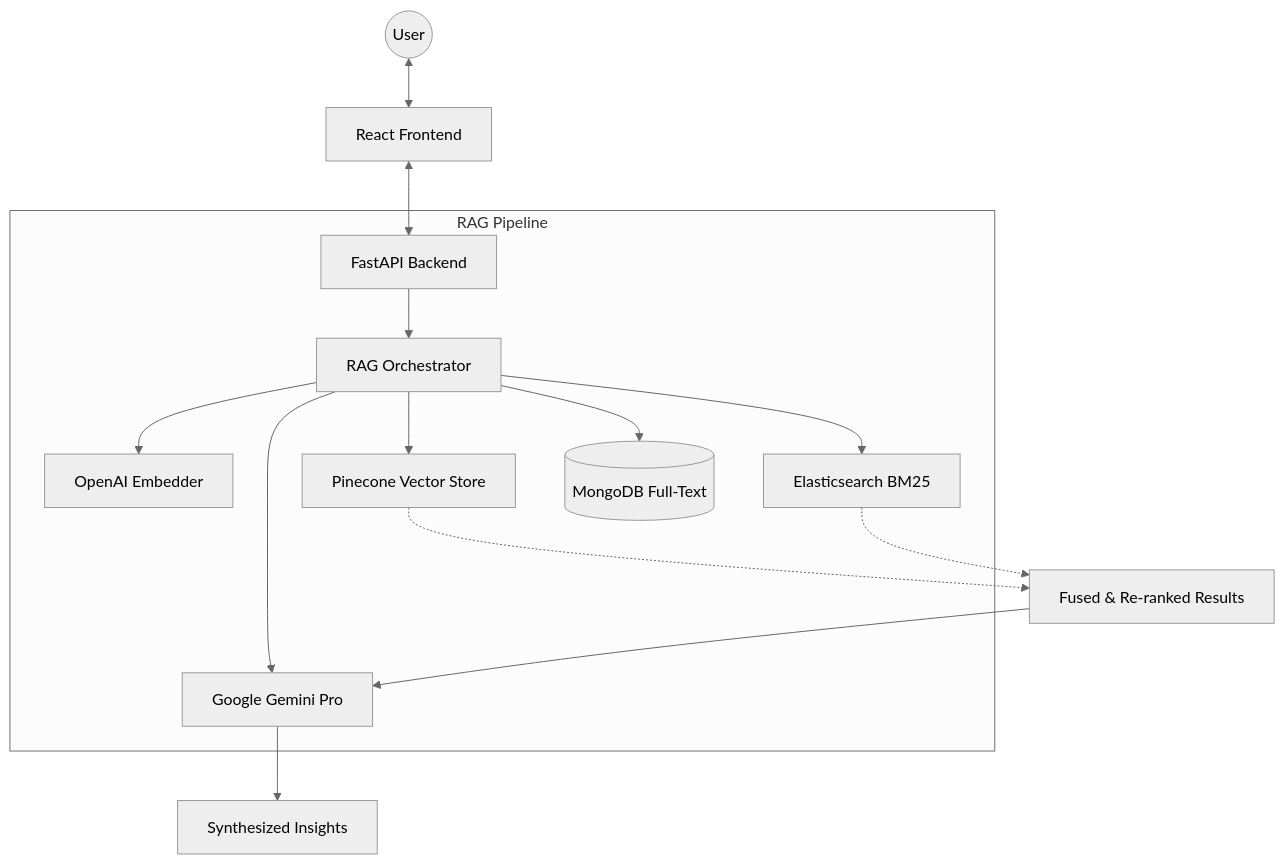
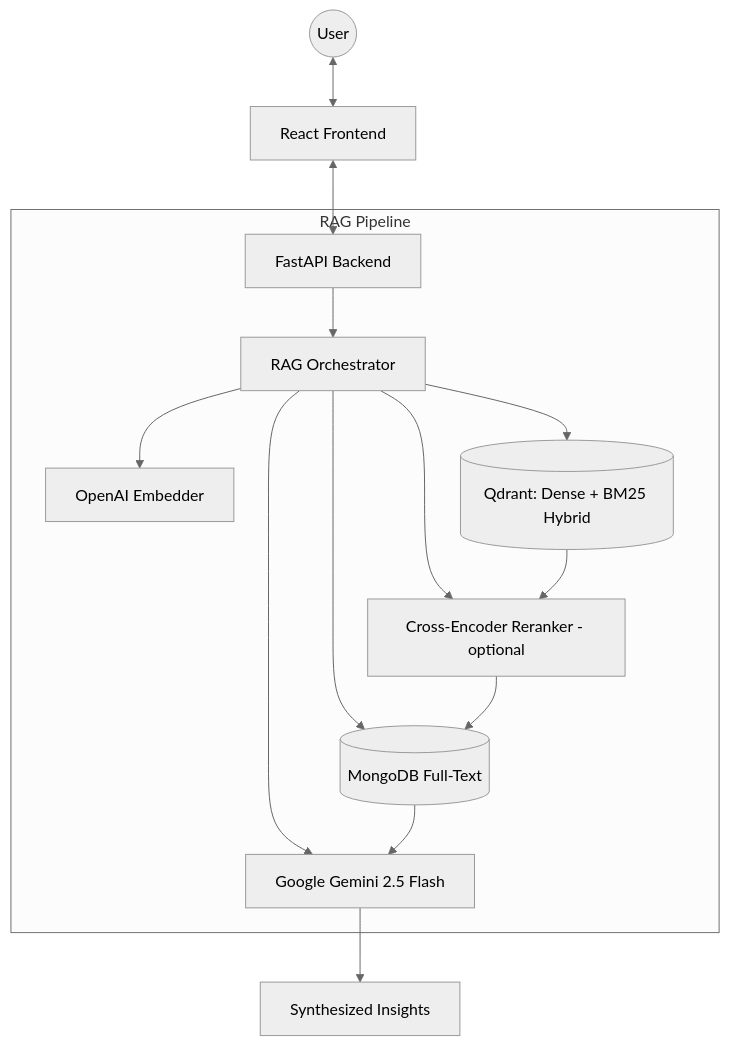
The diagram in README.md (Jenuel/Patent-Discovery-System), drawn with Mermaid (neutral theme) before and after one commit. The commit also changed other lines of this file and 4 other files, not shown here.

Commit message:
docs: consolidate the eval write-ups and fix the stale architecture claims

````diff
--- a/README.md
+++ b/README.md
@@ -26,19 +25,19 @@
 ```mermaid
 graph TD
     User((User)) <--> Frontend[React Frontend]
     Frontend <--> API[FastAPI Backend]
-    
+
     subgraph "RAG Pipeline"
         API --> Orchestrator[RAG Orchestrator]
         Orchestrator --> Embedder[OpenAI Embedder]
-        Orchestrator --> Dense[Pinecone Vector Store]
-        Orchestrator --> Sparse[Elasticsearch BM25]
+        Orchestrator --> Qdrant[(Qdrant: Dense + BM25 Hybrid)]
+        Orchestrator --> Rerank[Cross-Encoder Reranker - optional]
         Orchestrator --> Storage[(MongoDB Full-Text)]
-        Orchestrator --> LLM[Google Gemini Pro]
+        Orchestrator --> LLM[Google Gemini 2.5 Flash]
     end
-    
-    Dense -.-> Results[Fused & Re-ranked Results]
-    Sparse -.-> Results
-    Results --> LLM
+
+    Qdrant --> Rerank
+    Rerank --> Storage
+    Storage --> LLM
     LLM --> Answer[Synthesized Insights]
 ```
````
